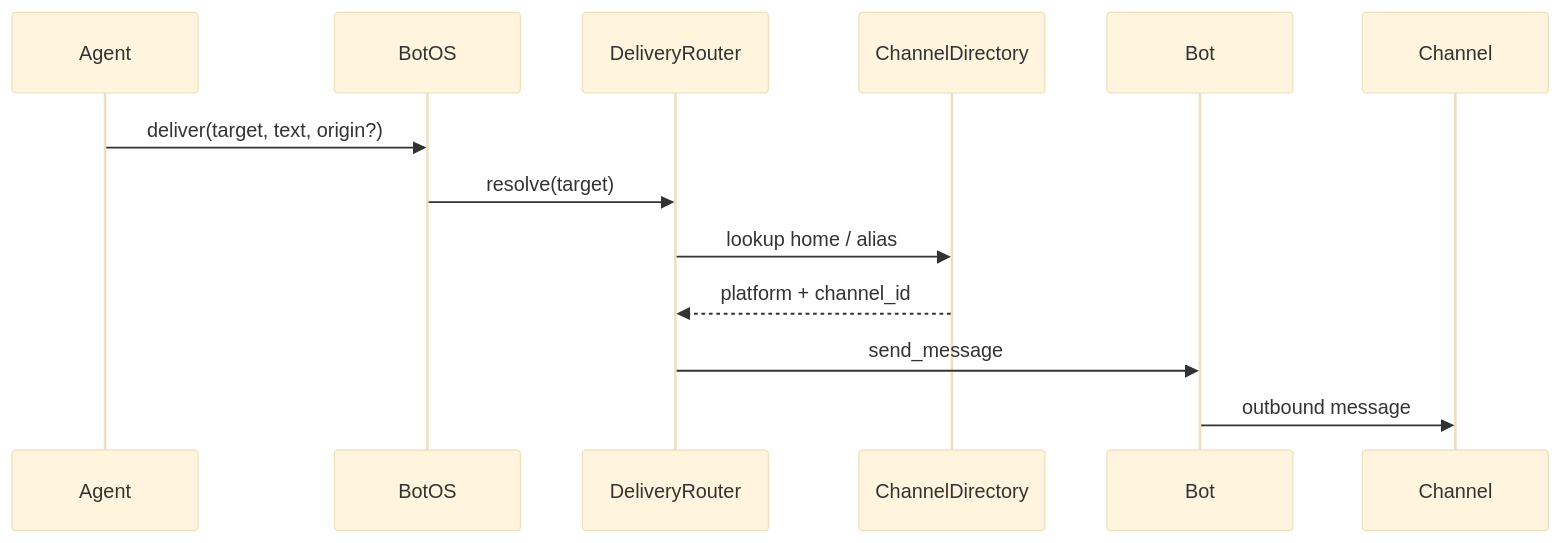
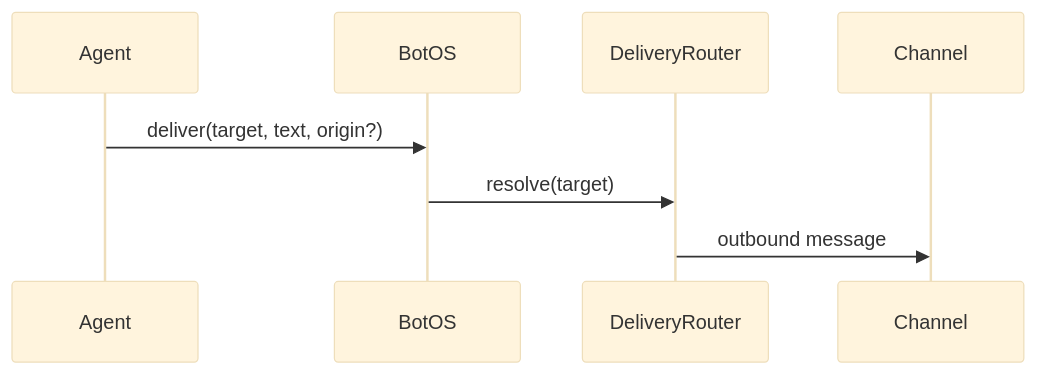
Before and after one commit to MervinPraison/PraisonAIDocs: the second of 2 diagrams in docs/features/proactive-delivery.mdx, drawn with Mermaid (base theme). The commit also changed other lines of this file and 4 other files, not shown here.

````diff
--- a/docs/features/proactive-delivery.mdx
+++ b/docs/features/proactive-delivery.mdx
@@ -94,16 +88,11 @@
 ```mermaid
 sequenceDiagram
     participant Agent
     participant BotOS
     participant Router as DeliveryRouter
-    participant Dir as ChannelDirectory
-    participant Bot
     participant Channel
 
     Agent->>BotOS: deliver(target, text, origin?)
     BotOS->>Router: resolve(target)
-    Router->>Dir: lookup home / alias
-    Dir-->>Router: platform + channel_id
-    Router->>Bot: send_message
-    Bot->>Channel: outbound message
+    Router->>Channel: outbound message
 ```
````
